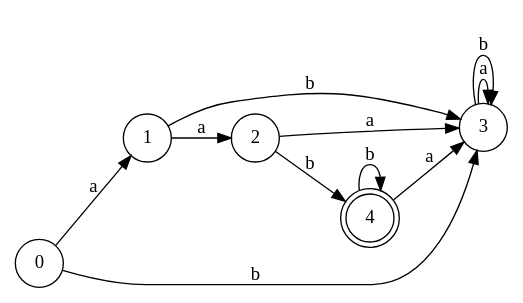
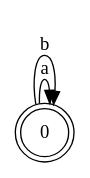
The diagram in Scheme_Interpreter/src/test2.dot (desmetr/SchemeInterpreter), drawn with Graphviz before and after one commit. The commit also changed 3 other files, not shown here.

```diff
--- a/Scheme_Interpreter/src/test2.dot
+++ b/Scheme_Interpreter/src/test2.dot
@@ -1,17 +1,5 @@
 digraph DFA {
-	rankdir=LR;	0 [shape=circle];
-	0 -> 1 [label="a"];
-	0 -> 3 [label="b"];
-	1 [shape=circle];
-	1 -> 2 [label="a"];
-	1 -> 3 [label="b"];
-	2 [shape=circle];
-	2 -> 3 [label="a"];
-	2 -> 4 [label="b"];
-	3 [shape=circle];
-	3 -> 3 [label="a"];
-	3 -> 3 [label="b"];
-	4 [shape=doublecircle];
-	4 -> 3 [label="a"];
-	4 -> 4 [label="b"];
+	rankdir=LR;	0 [shape=doublecircle];
+	0 -> 0 [label="a"];
+	0 -> 0 [label="b"];
 }
```
